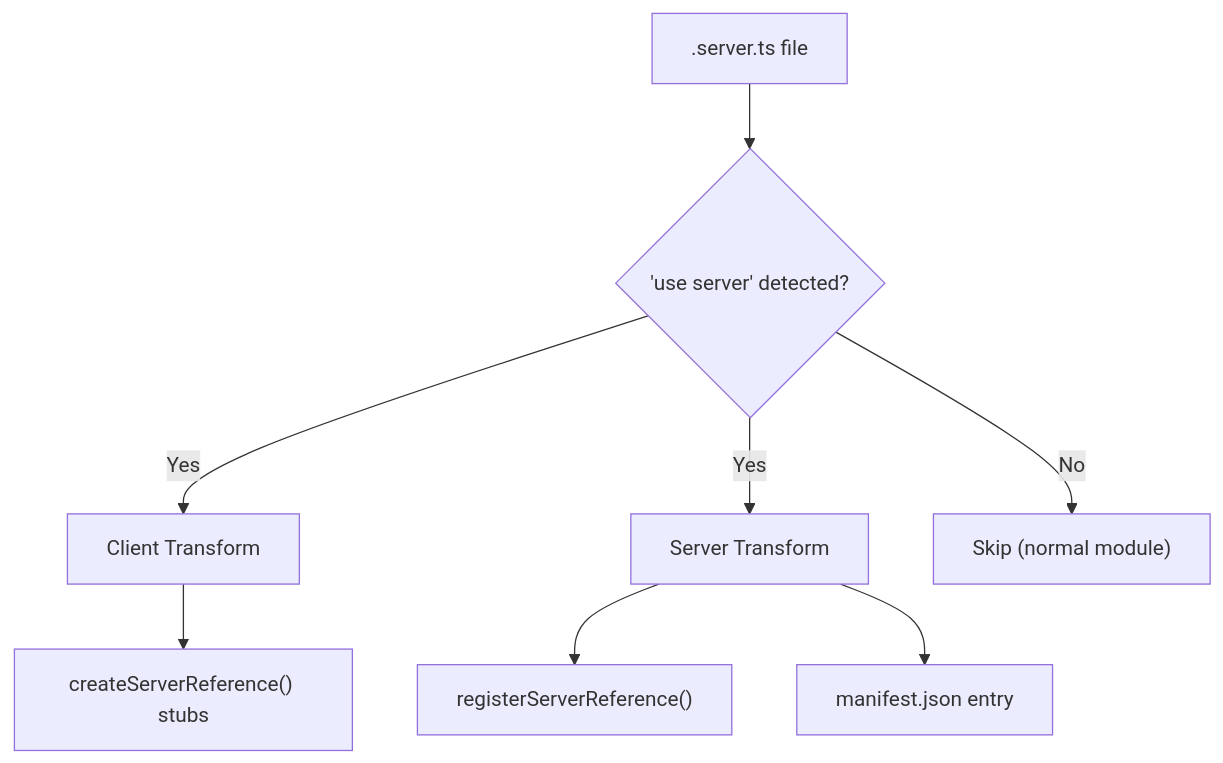
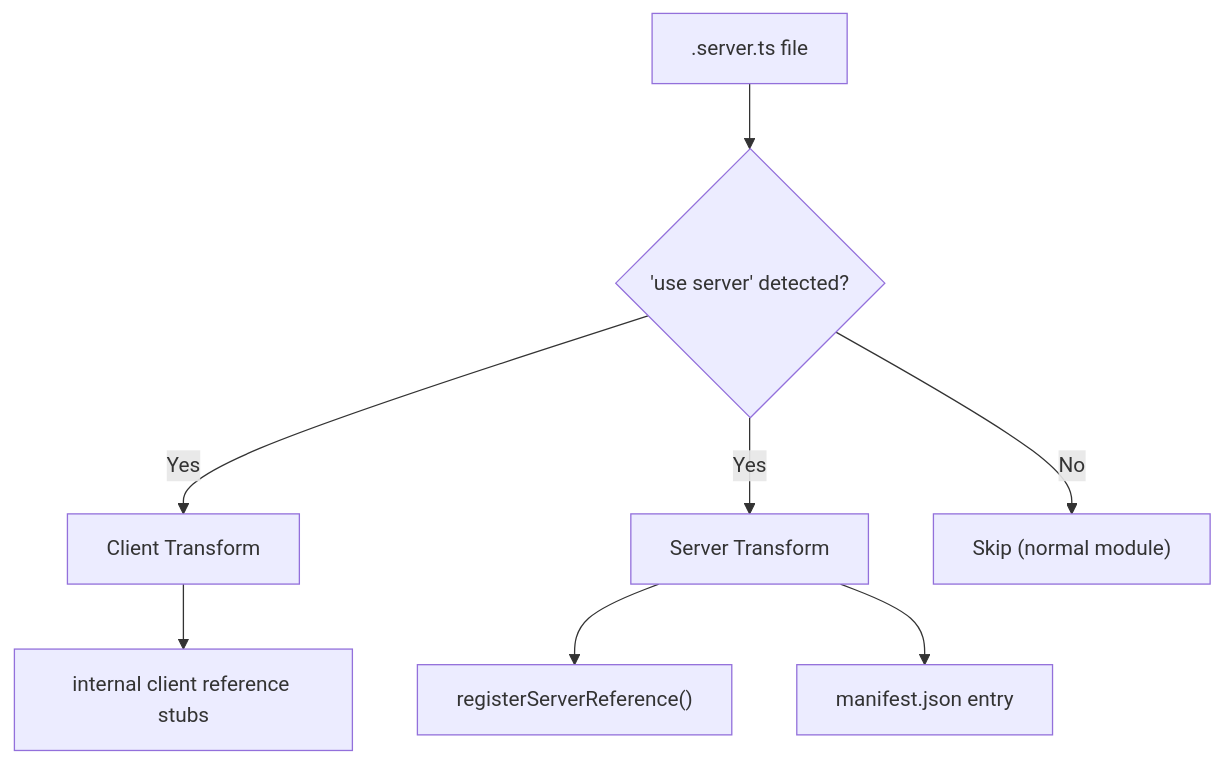
The diagram in docs/docs/server-functions.md (binhanchen25-arch/evjs), drawn with Mermaid before and after one commit. The commit also changed other lines of this file and 400 other files, not shown here.

Commit message:
feat: implement graph-driven framework architecture (#18)

````diff
--- a/docs/docs/server-functions.md
+++ b/docs/docs/server-functions.md
@@ -204,11 +344,11 @@
 ```mermaid
 flowchart TD
     SRC[".server.ts file"] --> DETECT{"'use server' detected?"}
     DETECT -->|Yes| CLIENT["Client Transform"]
     DETECT -->|Yes| SERVER["Server Transform"]
     DETECT -->|No| SKIP["Skip (normal module)"]
 
-    CLIENT --> STUBS["createServerReference() stubs"]
+    CLIENT --> STUBS["internal client reference stubs"]
     SERVER --> REGISTER["registerServerReference()"]
     SERVER --> MANIFEST["manifest.json entry"]
 ```
````
